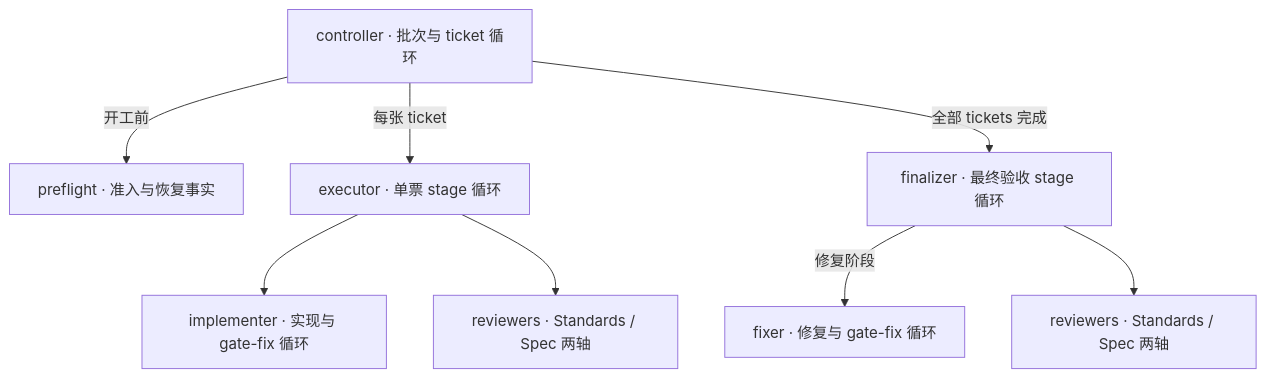
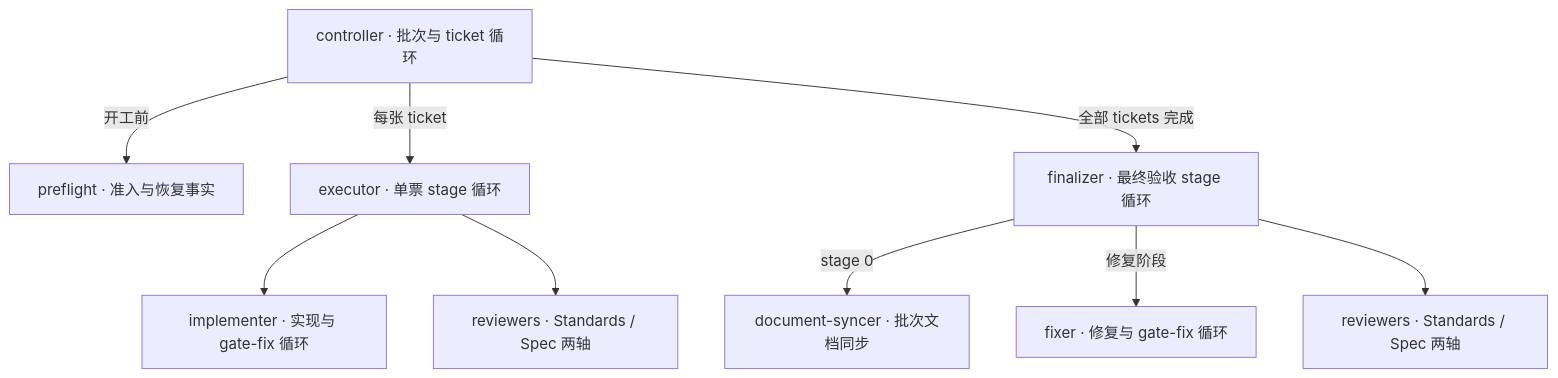
The diagram in docs/ARCHITECTURE.md (watchzerg/beadwork), drawn with Mermaid before and after one commit. The commit also changed other lines of this file and 32 other files, not shown here.

````diff
--- a/docs/ARCHITECTURE.md
+++ b/docs/ARCHITECTURE.md
@@ -11,11 +11,12 @@
 ```mermaid
 flowchart TD
     C["controller · 批次与 ticket 循环"]
     C -->|开工前| P["preflight · 准入与恢复事实"]
     C -->|每张 ticket| E["executor · 单票 stage 循环"]
     C -->|全部 tickets 完成| F["finalizer · 最终验收 stage 循环"]
     E --> I["implementer · 实现与 gate-fix 循环"]
     E --> ER["reviewers · Standards / Spec 两轴"]
+    F -->|stage 0| D["document-syncer · 批次文档同步"]
     F -->|修复阶段| X["fixer · 修复与 gate-fix 循环"]
     F --> FR["reviewers · Standards / Spec 两轴"]
 ```
````
